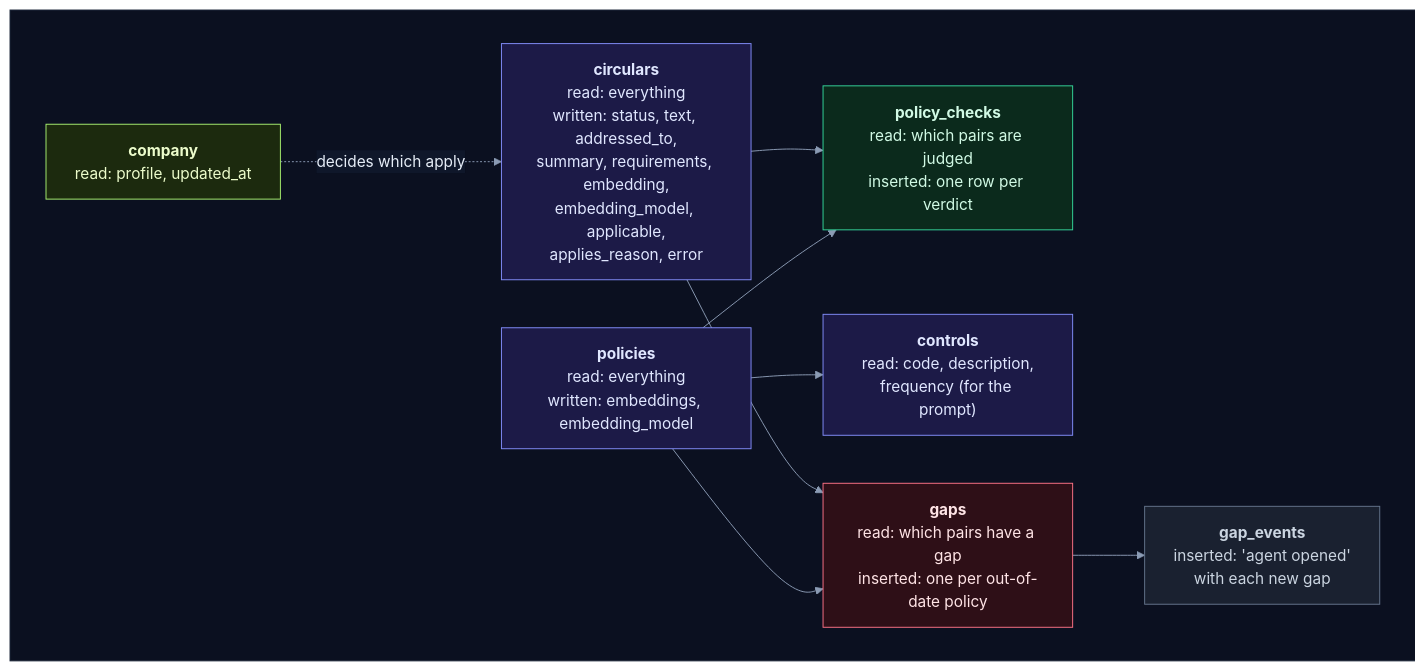
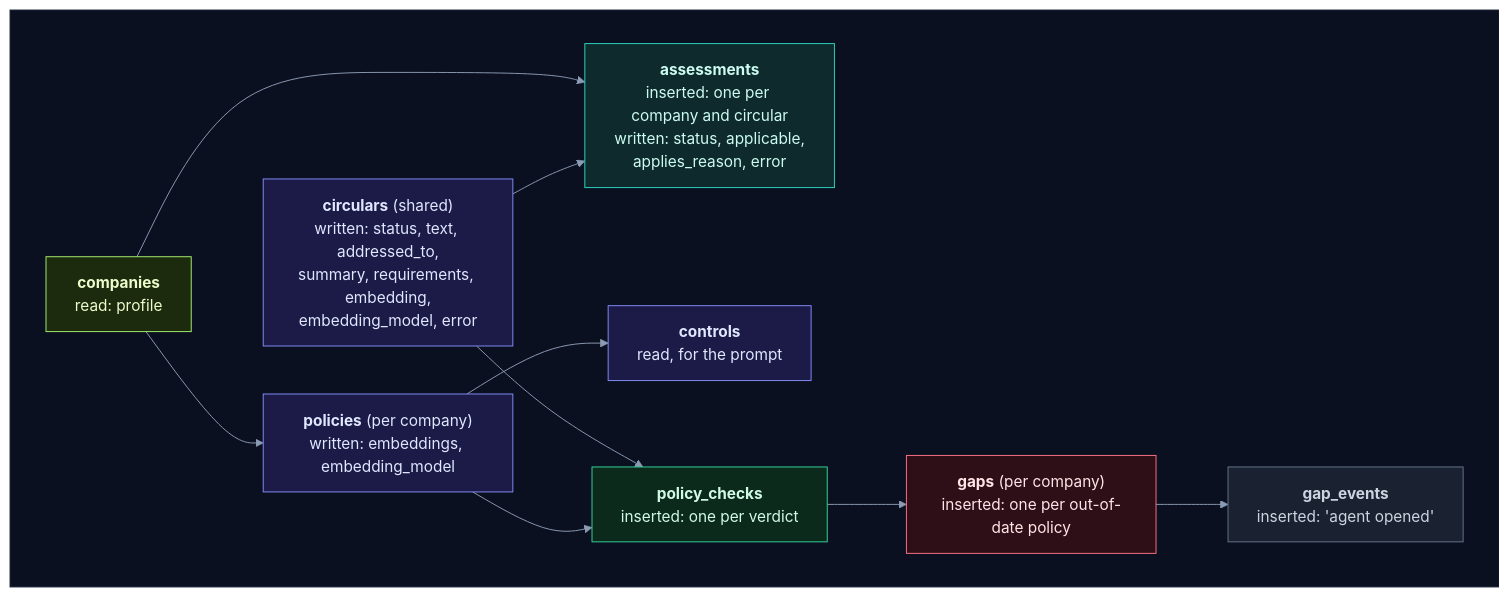
One commit to selvakumarperumal/Regulatory_Circular_Impact_Agent changed the seventh of 19 diagrams in backend/worker/INTERNALS.md. Above: the diagram before and after it, drawn with Mermaid. The commit also changed other lines of this file and 8 other files, not shown here.

Commit message:
Document the task queue and multi-company design

````diff
--- a/backend/worker/INTERNALS.md
+++ b/backend/worker/INTERNALS.md
@@ -285,36 +342,40 @@
 ```mermaid
 %%{init: {"theme": "base", "flowchart": {"diagramPadding": 0}, "themeVariables": {"darkMode": true, "primaryColor": "#16213a", "primaryTextColor": "#e6edf7", "primaryBorderColor": "#475a7a", "lineColor": "#8b9bb4", "secondaryColor": "#1b2436", "tertiaryColor": "#101a2e", "edgeLabelBackground": "#0f172a", "textColor": "#e2e8f0", "clusterBkg": "#0f1728", "clusterBorder": "#2b3a55", "titleColor": "#c4b5fd", "nodeTextColor": "#e6edf7"}}}%%
 flowchart LR
     subgraph canvas[" "]
         direction LR
-        CO["<b>company</b><br/>read: profile, updated_at"]
-        CI["<b>circulars</b><br/>read: everything<br/>written: status, text, addressed_to,<br/>summary, requirements, embedding,<br/>embedding_model, applicable,<br/>applies_reason, error"]
-        PO["<b>policies</b><br/>read: everything<br/>written: embeddings, embedding_model"]
-        CT["<b>controls</b><br/>read: code, description,<br/>frequency (for the prompt)"]
-        PC["<b>policy_checks</b><br/>read: which pairs are judged<br/>inserted: one row per verdict"]
-        GA["<b>gaps</b><br/>read: which pairs have a gap<br/>inserted: one per out-of-date policy"]
-        GE["<b>gap_events</b><br/>inserted: 'agent opened'<br/>with each new gap"]
-        CO -.->|"decides which apply"| CI
+        CO["<b>companies</b><br/>read: profile"]
+        CI["<b>circulars</b> (shared)<br/>written: status, text, addressed_to,<br/>summary, requirements, embedding,<br/>embedding_model, error"]
+        AS["<b>assessments</b><br/>inserted: one per company and circular<br/>written: status, applicable,<br/>applies_reason, error"]
+        PO["<b>policies</b> (per company)<br/>written: embeddings, embedding_model"]
+        CT["<b>controls</b><br/>read, for the prompt"]
+        PC["<b>policy_checks</b><br/>inserted: one per verdict"]
+        GA["<b>gaps</b> (per company)<br/>inserted: one per out-of-date policy"]
+        GE["<b>gap_events</b><br/>inserted: 'agent opened'"]
+        CO --> AS
+        CI --> AS
+        CO --> PO
+        PO --> CT
         CI --> PC
         PO --> PC
-        PO --> CT
-        CI --> GA
-        PO --> GA
+        PC --> GA
         GA --> GE
     end
     classDef svc fill:#0e2a2c,stroke:#2dd4bf,color:#ccfbf1
     classDef data fill:#1c1a47,stroke:#818cf8,color:#e0e7ff
     classDef ext fill:#2a1640,stroke:#c084fc,color:#f3e8ff
     classDef gpu fill:#2d1b0c,stroke:#fb923c,color:#ffedd5
     classDef ask fill:#2a2410,stroke:#fbbf24,color:#fef3c7
     classDef ok fill:#0b2a1c,stroke:#34d399,color:#d1fae5
     classDef bad fill:#2e0f17,stroke:#fb7185,color:#ffe4e6
     classDef start fill:#1c2a0e,stroke:#a7ef6f,color:#ecfccb
     classDef muted fill:#1a2130,stroke:#64748b,color:#cbd5e1
+    classDef queue fill:#0c2231,stroke:#38bdf8,color:#e0f2fe
     class CO start
     class CI,PO,CT data
+    class AS svc
     class PC ok
     class GA bad
     class GE muted
     style canvas fill:#0b1020,stroke:#1e293b,color:#0b1020
 ```
````
